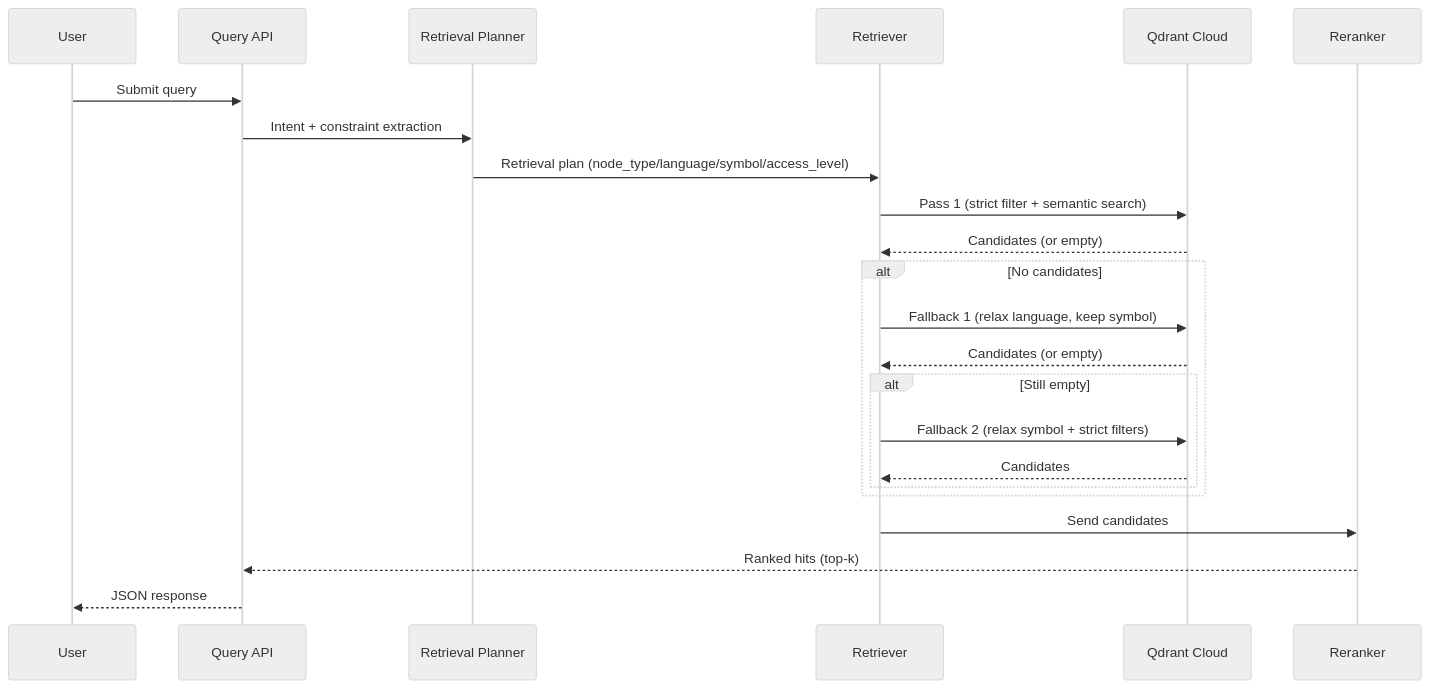
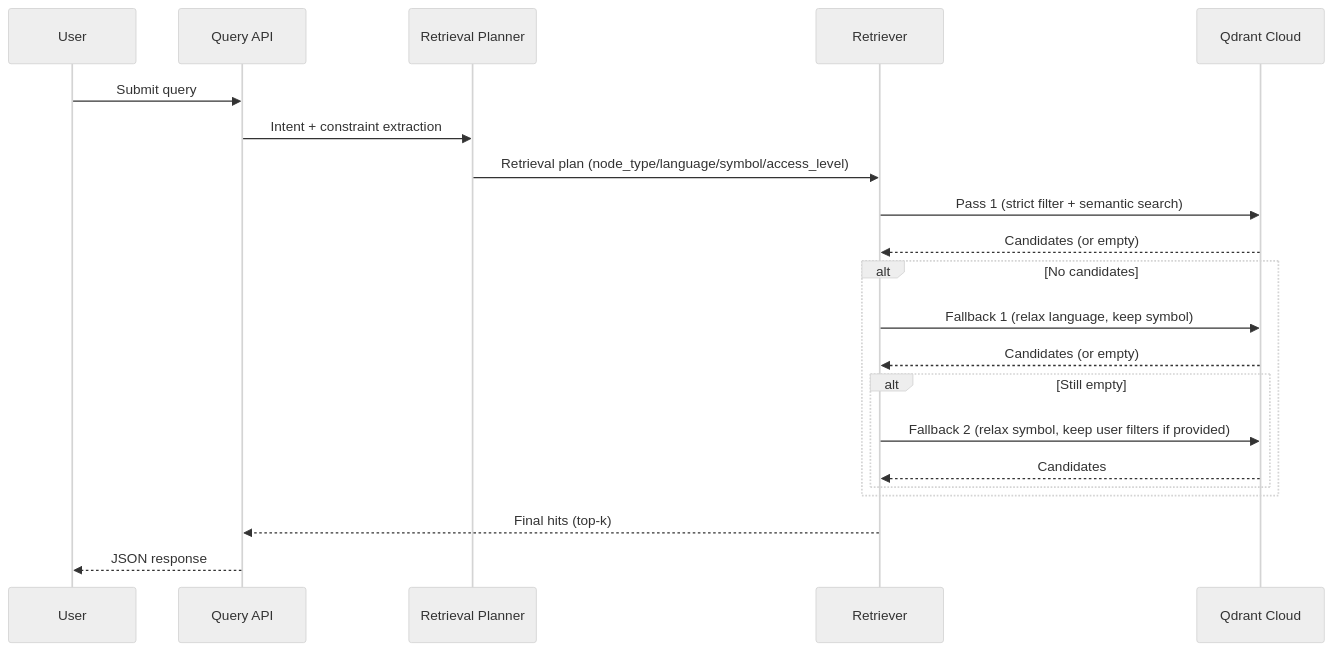
The third of 3 diagrams in PRD.md (kelasdev/agentRAG), drawn with Mermaid (neutral theme) before and after one commit. The commit also changed other lines of this file and 17 other files, not shown here.

````diff
--- a/PRD.md
+++ b/PRD.md
@@ -1072,26 +1101,24 @@
 ```mermaid
 sequenceDiagram
     participant User
     participant API as Query API
     participant RP as Retrieval Planner
     participant RET as Retriever
     participant QD as Qdrant Cloud
-    participant RR as Reranker
 
     User->>API: Submit query
     API->>RP: Intent + constraint extraction
     RP->>RET: Retrieval plan (node_type/language/symbol/access_level)
     RET->>QD: Pass 1 (strict filter + semantic search)
     QD-->>RET: Candidates (or empty)
     alt No candidates
         RET->>QD: Fallback 1 (relax language, keep symbol)
         QD-->>RET: Candidates (or empty)
         alt Still empty
-            RET->>QD: Fallback 2 (relax symbol + strict filters)
+            RET->>QD: Fallback 2 (relax symbol, keep user filters if provided)
             QD-->>RET: Candidates
         end
     end
-    RET->>RR: Send candidates
-    RR-->>API: Ranked hits (top-k)
+    RET-->>API: Final hits (top-k)
     API-->>User: JSON response
 ```
````
